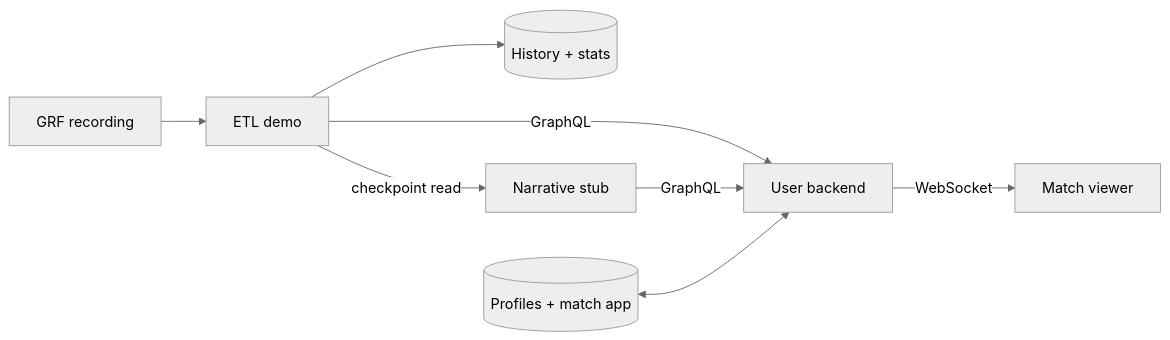
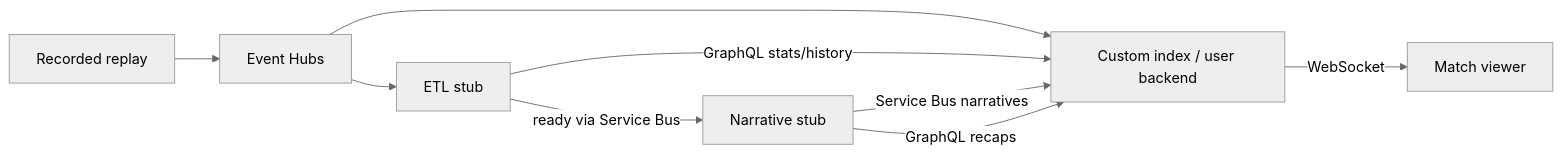
One commit to taka6745/insidethegame changed the diagram in user-backend/docs/development.md. Above: the diagram before and after it, drawn with Mermaid (neutral theme). The commit also changed other lines of this file and 52 other files, not shown here.

````diff
--- a/user-backend/docs/development.md
+++ b/user-backend/docs/development.md
@@ -12,10 +12,11 @@
 ```mermaid
 flowchart LR
-  R["GRF recording"] --> E["ETL demo"]
-  E --> H[("History + stats")]
-  E -->|checkpoint read| N["Narrative stub"]
-  E -->|GraphQL| B["User backend"]
-  N -->|GraphQL| B
-  P[("Profiles + match app")] <--> B
+  R["Recorded replay"] --> EH["Event Hubs"]
+  EH --> E["ETL stub"]
+  EH --> B["Custom index / user backend"]
+  E -->|ready via Service Bus| N["Narrative stub"]
+  E -->|GraphQL stats/history| B
+  N -->|Service Bus narratives| B
+  N -->|GraphQL recaps| B
   B -->|WebSocket| F["Match viewer"]
 ```
````
